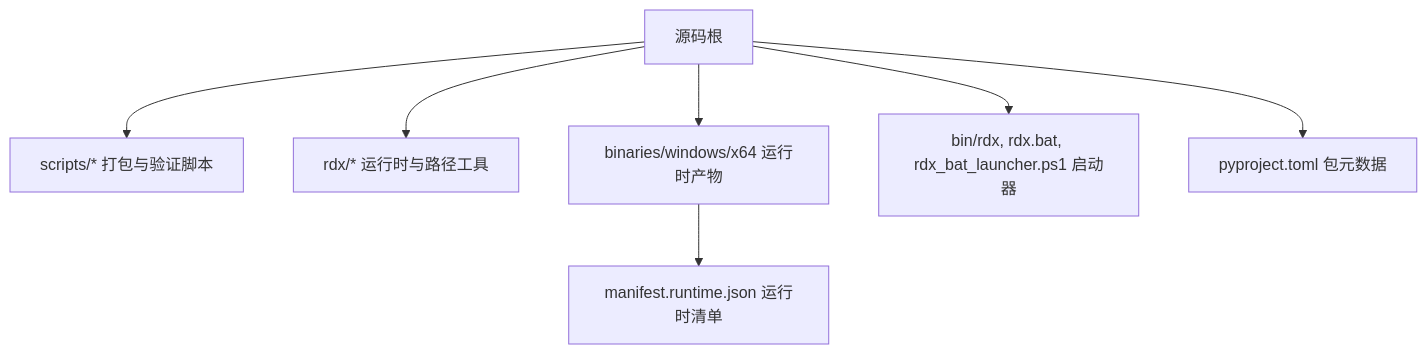
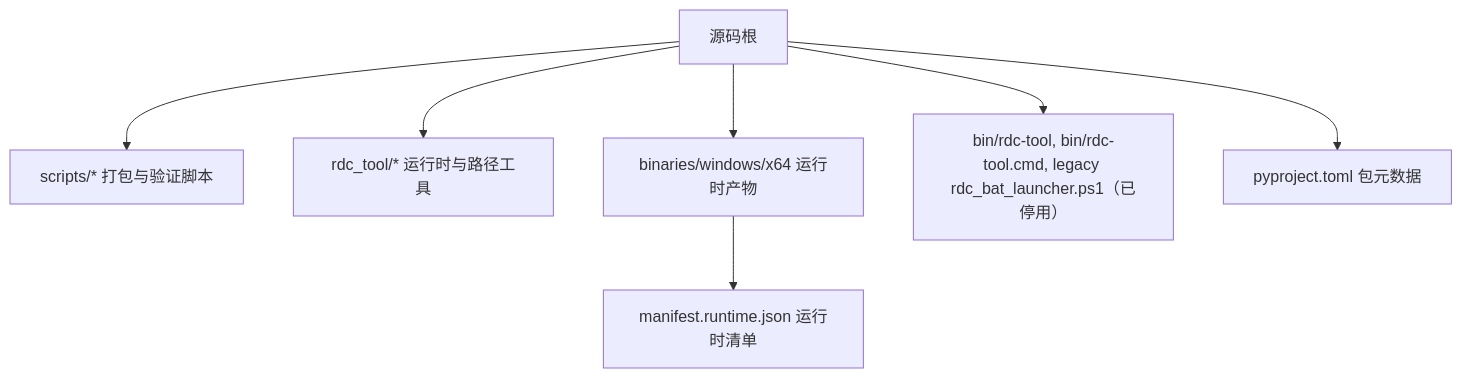
Before and after one commit to haolange/RDC-Tool: the first of 8 diagrams in .qoder/repowiki/zh/content/部署和发布/发布打包.md, drawn with Mermaid. The commit also changed other lines of this file and 388 other files, not shown here.

First line of the commit message:
Release RDC-Tool identity and public maintenance surface

````diff
--- a/.qoder/repowiki/zh/content/部署和发布/发布打包.md
+++ b/.qoder/repowiki/zh/content/部署和发布/发布打包.md
@@ -52,9 +52,9 @@
 ```mermaid
 graph TB
 A["源码根"] --> B["scripts/* 打包与验证脚本"]
-A --> C["rdx/* 运行时与路径工具"]
+A --> C["rdc_tool/* 运行时与路径工具"]
 A --> D["binaries/windows/x64 运行时产物"]
-A --> E["bin/rdx, rdx.bat, rdx_bat_launcher.ps1 启动器"]
+A --> E["bin/rdc-tool, bin/rdc-tool.cmd, legacy rdc_bat_launcher.ps1（已停用）"]
 A --> F["pyproject.toml 包元数据"]
 D --> G["manifest.runtime.json 运行时清单"]
 ```
````
